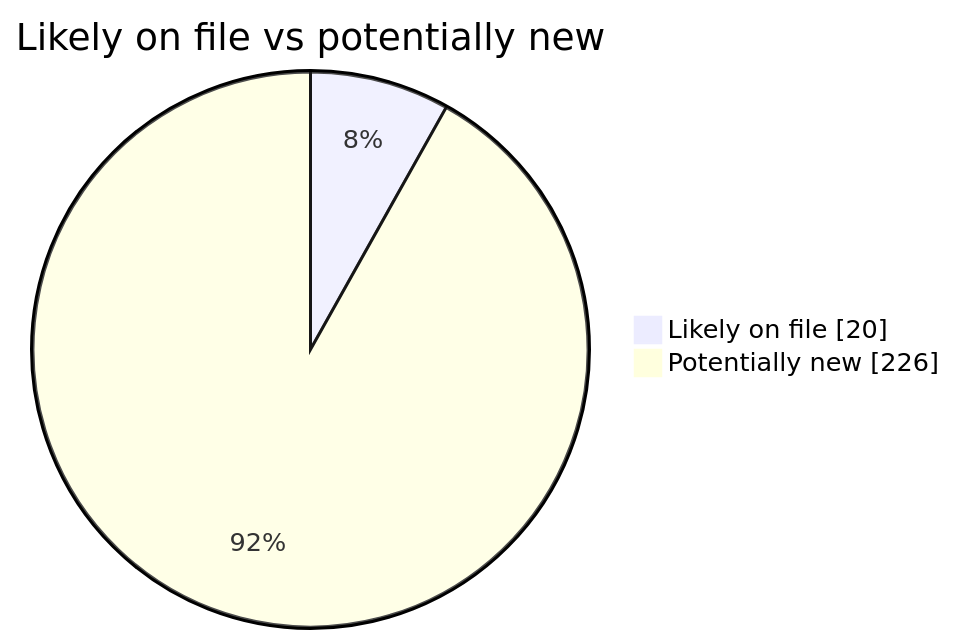
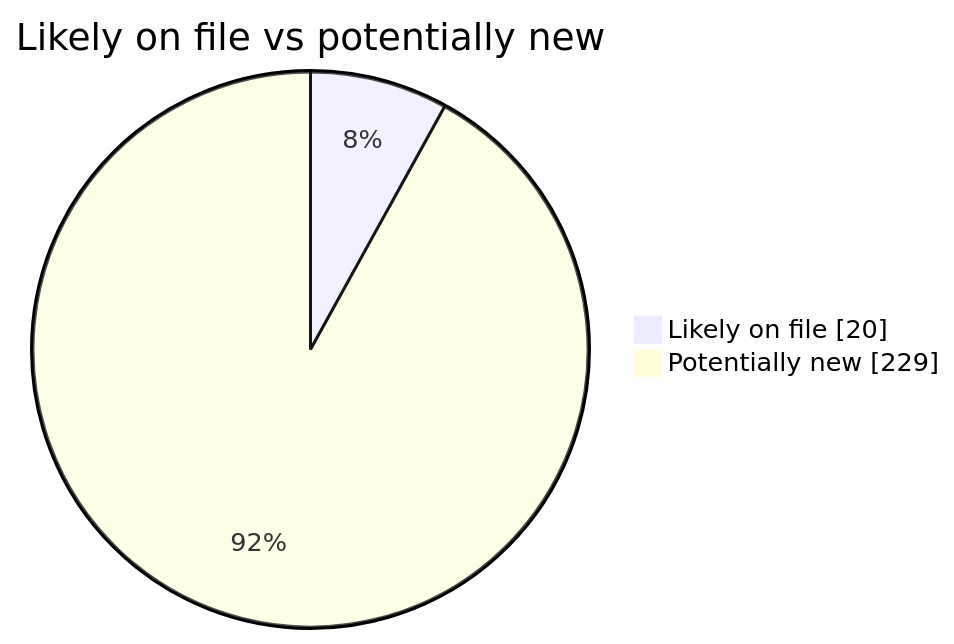
Before and after one commit to martinbalfanz/social-scanner-reports: the second of 4 diagrams in README.md, drawn with Mermaid. The commit also changed other lines of this file and 2 other files, not shown here.

````diff
--- a/README.md
+++ b/README.md
@@ -40,5 +40,5 @@
 ```mermaid
 pie showData title Likely on file vs potentially new
     "Likely on file" : 20
-    "Potentially new" : 226
+    "Potentially new" : 229
 ```
````
